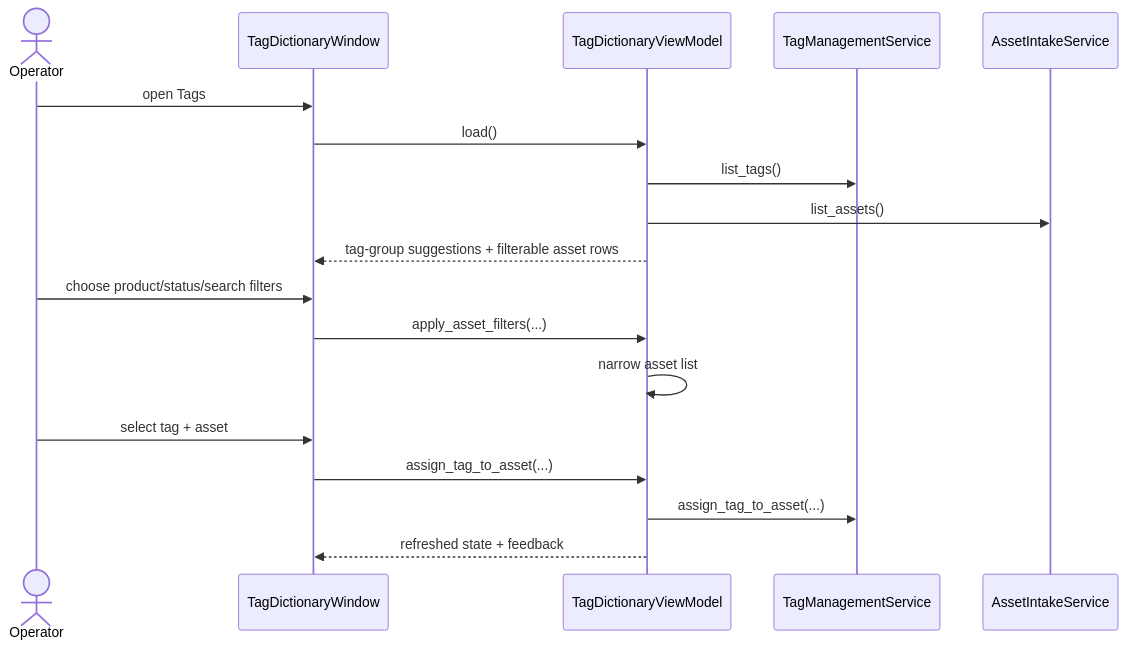
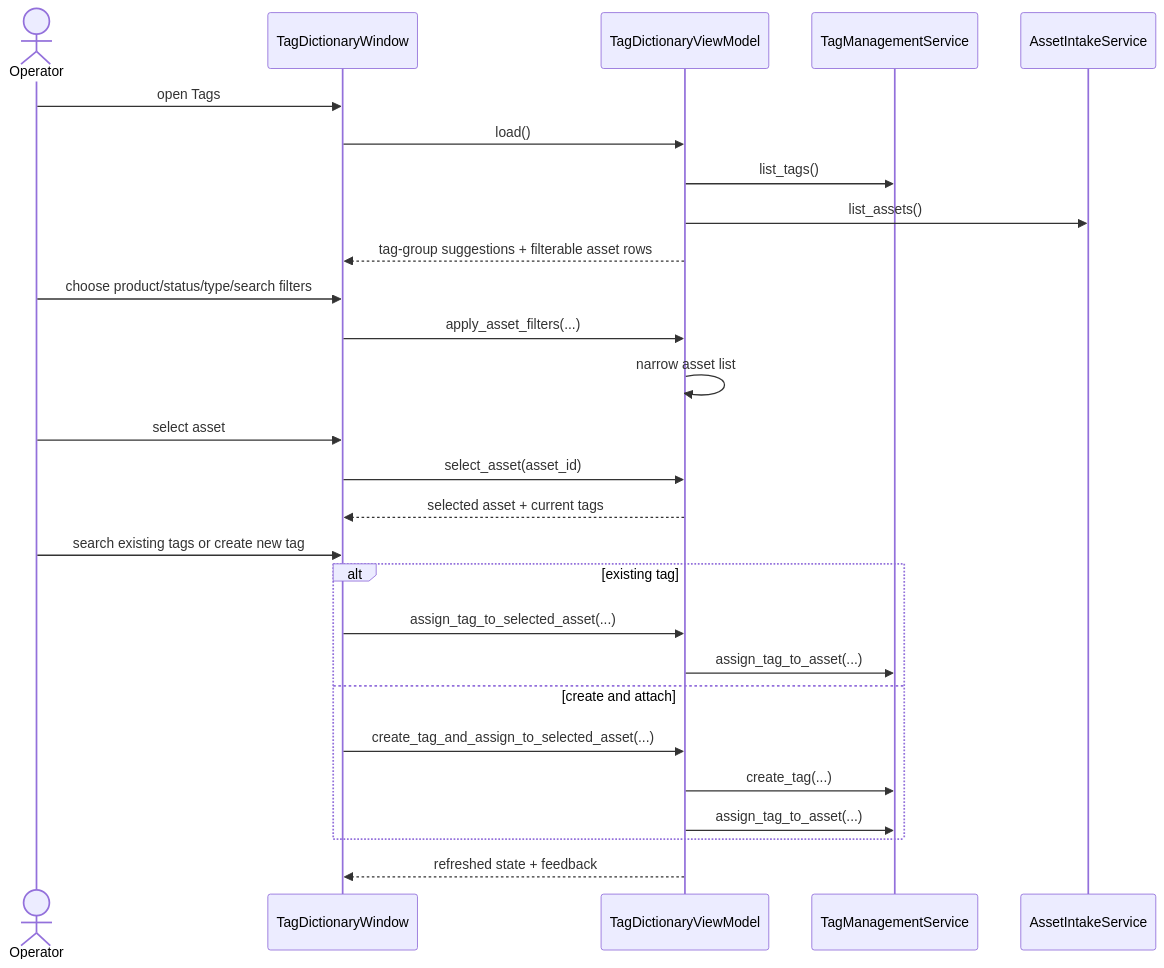
The eighth of 26 diagrams in doc/10_UML_System_Overview.md (idev006/MTClipFactory), drawn with Mermaid before and after one commit. The commit also changed other lines of this file and 14 other files, not shown here.

Commit message:
Redesign tags screen around asset-first workflow

````diff
--- a/doc/10_UML_System_Overview.md
+++ b/doc/10_UML_System_Overview.md
@@ -633,21 +637,30 @@
 ```mermaid
 sequenceDiagram
     actor Operator
     participant View as TagDictionaryWindow
     participant VM as TagDictionaryViewModel
     participant TagSvc as TagManagementService
     participant AssetSvc as AssetIntakeService
 
     Operator->>View: open Tags
     View->>VM: load()
     VM->>TagSvc: list_tags()
     VM->>AssetSvc: list_assets()
     VM-->>View: tag-group suggestions + filterable asset rows
-    Operator->>View: choose product/status/search filters
+    Operator->>View: choose product/status/type/search filters
     View->>VM: apply_asset_filters(...)
     VM->>VM: narrow asset list
-    Operator->>View: select tag + asset
-    View->>VM: assign_tag_to_asset(...)
-    VM->>TagSvc: assign_tag_to_asset(...)
+    Operator->>View: select asset
+    View->>VM: select_asset(asset_id)
+    VM-->>View: selected asset + current tags
+    Operator->>View: search existing tags or create new tag
+    alt existing tag
+        View->>VM: assign_tag_to_selected_asset(...)
+        VM->>TagSvc: assign_tag_to_asset(...)
+    else create and attach
+        View->>VM: create_tag_and_assign_to_selected_asset(...)
+        VM->>TagSvc: create_tag(...)
+        VM->>TagSvc: assign_tag_to_asset(...)
+    end
     VM-->>View: refreshed state + feedback
 ```
````
